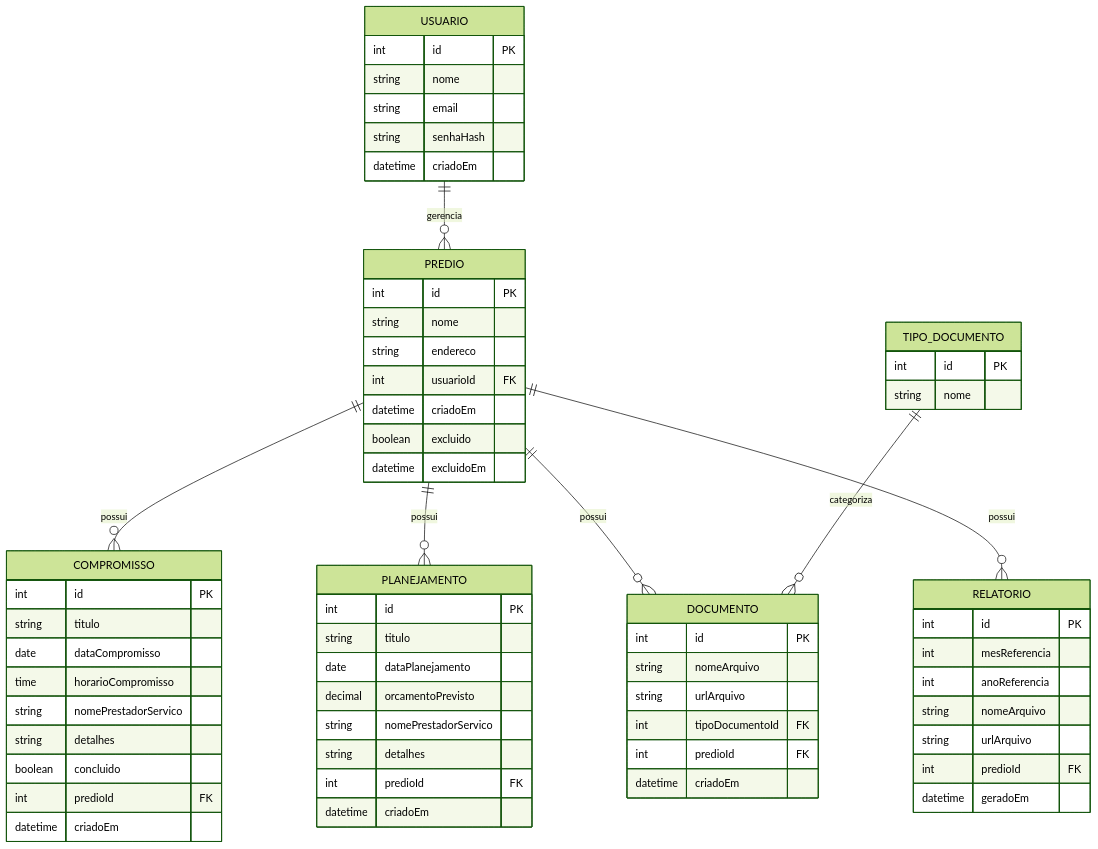
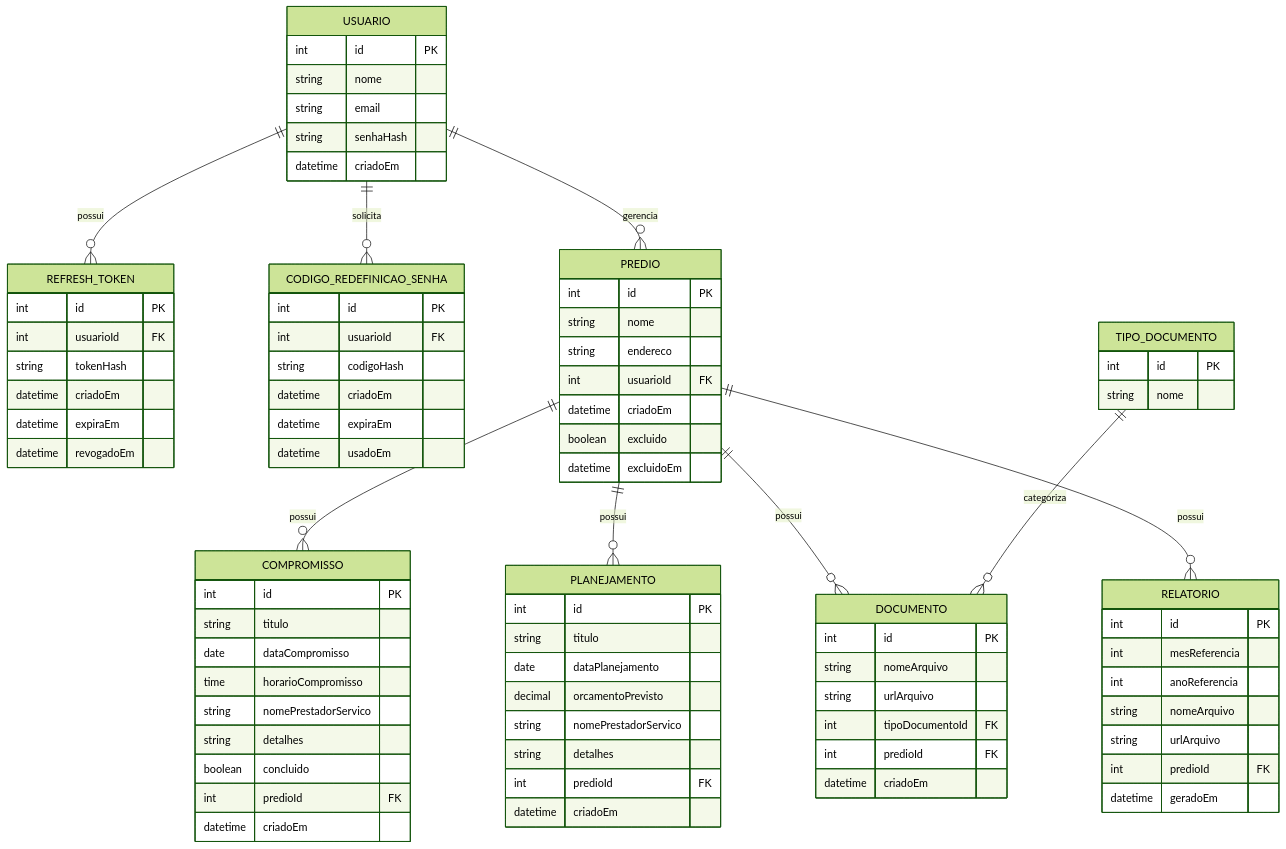
Before and after one commit to pdrollucas/euSindico: diagram 15 of 15 in documentation/RFC/RFC.md, drawn with Mermaid (forest theme). The commit also changed other lines of this file and 5 other files, not shown here.

```diff
--- a/documentation/RFC/RFC.md
+++ b/documentation/RFC/RFC.md
@@ -840,6 +844,24 @@
         string email
         string senhaHash
         datetime criadoEm
+    }
+
+    REFRESH_TOKEN {
+        int id PK
+        int usuarioId FK
+        string tokenHash
+        datetime criadoEm
+        datetime expiraEm
+        datetime revogadoEm
+    }
+
+    CODIGO_REDEFINICAO_SENHA {
+        int id PK
+        int usuarioId FK
+        string codigoHash
+        datetime criadoEm
+        datetime expiraEm
+        datetime usadoEm
     }
 
     PREDIO {
@@ -900,6 +922,8 @@
     }
 
     USUARIO ||--o{ PREDIO : gerencia
+    USUARIO ||--o{ REFRESH_TOKEN : possui
+    USUARIO ||--o{ CODIGO_REDEFINICAO_SENHA : solicita
 
     PREDIO ||--o{ COMPROMISSO : possui
     PREDIO ||--o{ PLANEJAMENTO : possui
```
